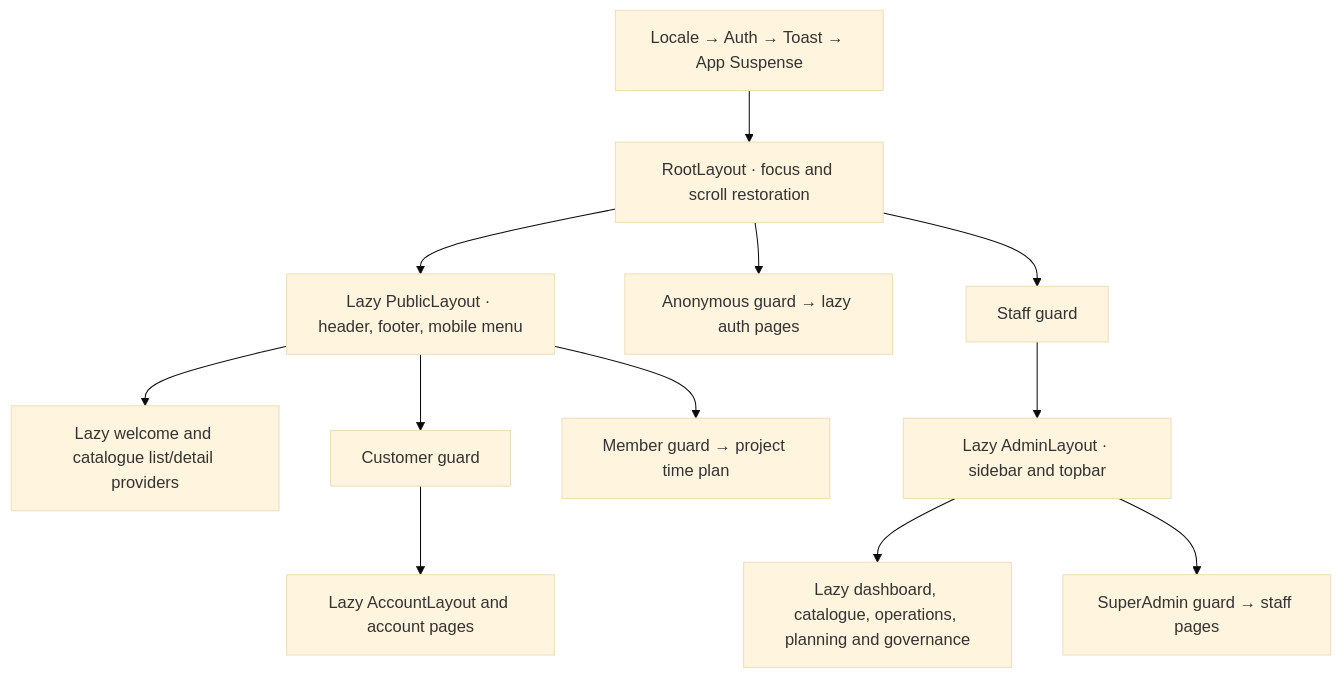
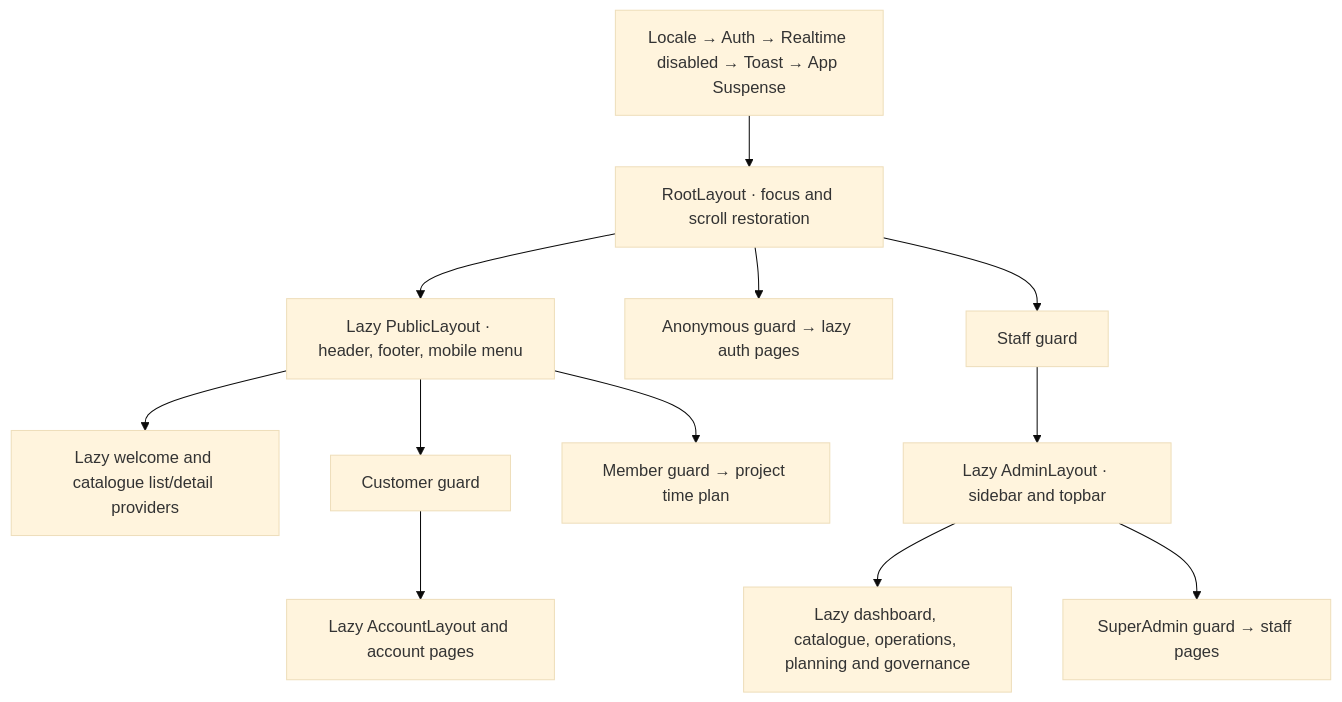
The diagram in docs/routing-access.md (mazen-khattab/Brouj_front-end), drawn with Mermaid (base theme) before and after one commit. The commit also changed other lines of this file and 51 other files, not shown here.

````diff
--- a/docs/routing-access.md
+++ b/docs/routing-access.md
@@ -73,14 +73,14 @@
 ```mermaid
 flowchart TD
-    Foundations[Locale → Auth → Toast → App Suspense] --> Root[RootLayout · focus and scroll restoration]
+    Foundations[Locale → Auth → Realtime disabled → Toast → App Suspense] --> Root[RootLayout · focus and scroll restoration]
     Root --> Public[Lazy PublicLayout · header, footer, mobile menu]
     Public --> PublicPages[Lazy welcome and catalogue list/detail providers]
     Public --> CustomerGuard[Customer guard]
     CustomerGuard --> Account[Lazy AccountLayout and account pages]
     Public --> MemberGuard[Member guard → project time plan]
     Root --> AnonymousGuard[Anonymous guard → lazy auth pages]
     Root --> StaffGuard[Staff guard]
     StaffGuard --> Admin[Lazy AdminLayout · sidebar and topbar]
     Admin --> AdminPages[Lazy dashboard, catalogue, operations, planning and governance]
     Admin --> SuperGuard[SuperAdmin guard → staff pages]
 ```
````
